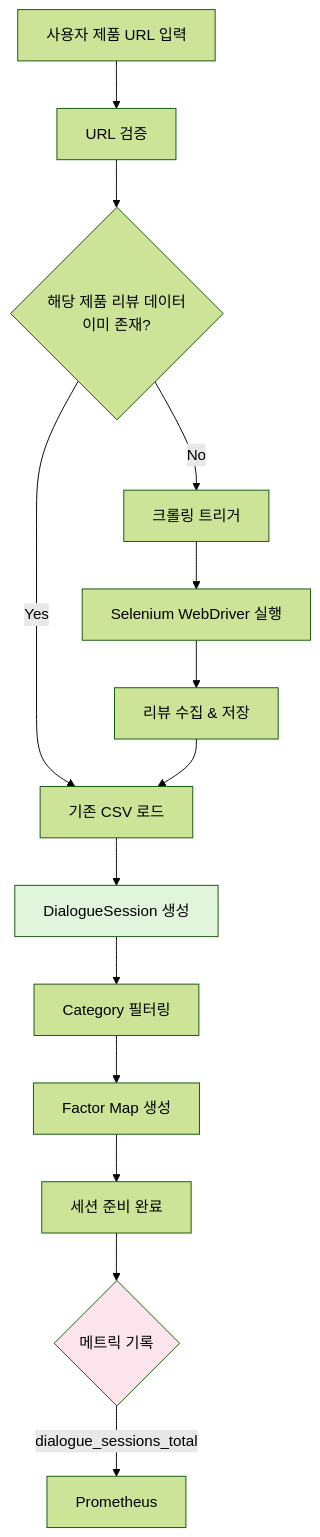
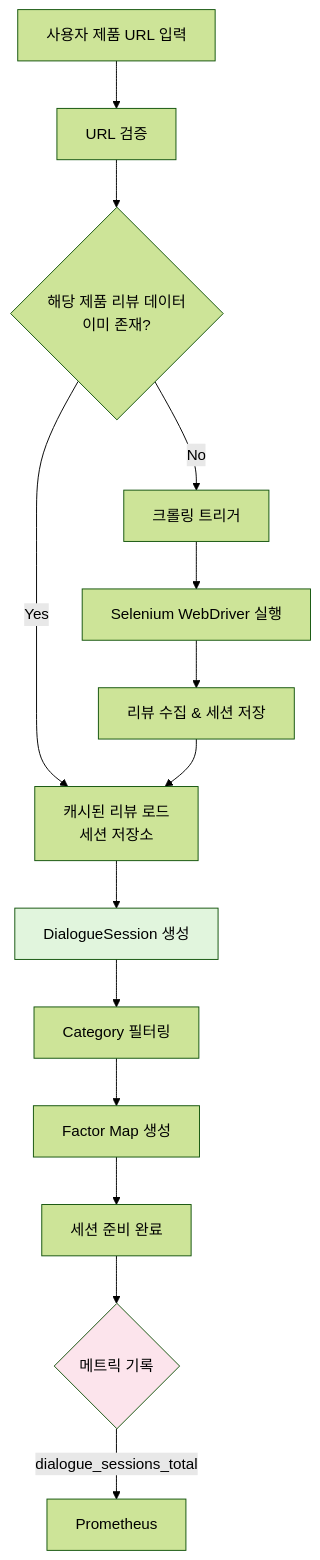
The fourth of 15 diagrams in architecture.md (review-sensor-team/reviewlens), drawn with Mermaid (forest theme) before and after one commit. The commit also changed other lines of this file and 6 other files, not shown here.

````diff
--- a/architecture.md
+++ b/architecture.md
@@ -200,23 +235,23 @@
 ```mermaid
 flowchart TD
     A[사용자 제품 URL 입력] --> B[URL 검증]
     B --> C{해당 제품 리뷰 데이터<br/>이미 존재?}
     
-    C -->|Yes| D[기존 CSV 로드]
+    C -->|Yes| D[캐시된 리뷰 로드<br/>세션 저장소]
     C -->|No| E[크롤링 트리거]
     
     E --> F[Selenium WebDriver 실행]
-    F --> G[리뷰 수집 & 저장]
+    F --> G[리뷰 수집 & 세션 저장]
     G --> D
     
     D --> H[DialogueSession 생성]
     H --> I[Category 필터링]
     I --> J[Factor Map 생성]
     J --> K[세션 준비 완료]
     
     K --> L{메트릭 기록}
     L -->|dialogue_sessions_total| M[Prometheus]
     
     style H fill:#e1f5dd
     style L fill:#fce4ec
 ```
````
